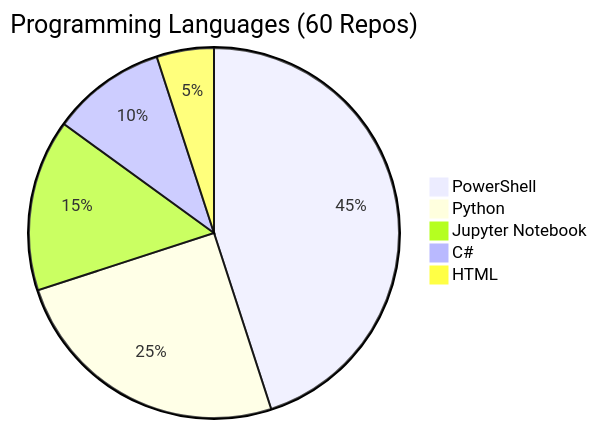
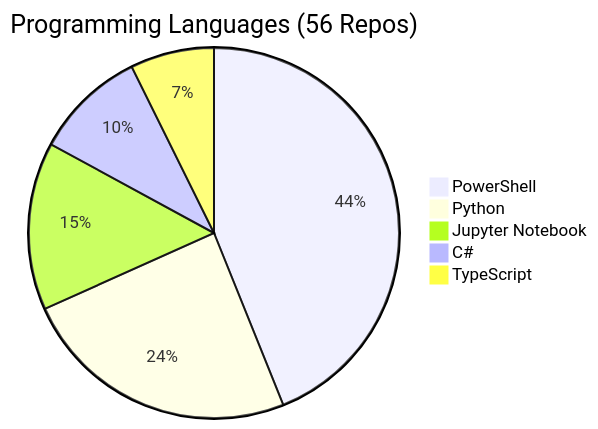
Before and after one commit to fabioc-aloha/fabioc-aloha: the diagram in REPOS.md, drawn with Mermaid. The commit also changed other lines of this file and 1 other file, not shown here.

````diff
--- a/REPOS.md
+++ b/REPOS.md
@@ -103,8 +99,8 @@
 ```mermaid
-pie title Programming Languages (60 Repos)
+pie title Programming Languages (56 Repos)
     "PowerShell" : 18
     "Python" : 10
     "Jupyter Notebook" : 6
     "C#" : 4
-    "HTML" : 2
+    "TypeScript" : 3
 ```
````
